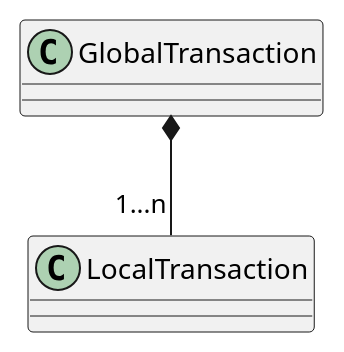
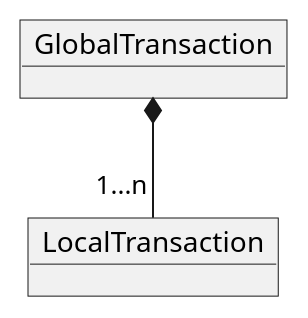
One commit to nminhquan/account-system changed the third of 16 diagrams in README.md. Above: the diagram before and after it, drawn with PlantUML. The commit also changed other lines of this file and 17 other files, not shown here.

````diff
--- a/README.md
+++ b/README.md
@@ -117,8 +164,8 @@
 ```plantuml
 @startuml
-class GlobalTransaction 
-class LocalTransaction 
+object GlobalTransaction 
+object LocalTransaction 
 
 GlobalTransaction *-- "1...n" LocalTransaction
 @enduml
 ```
````
